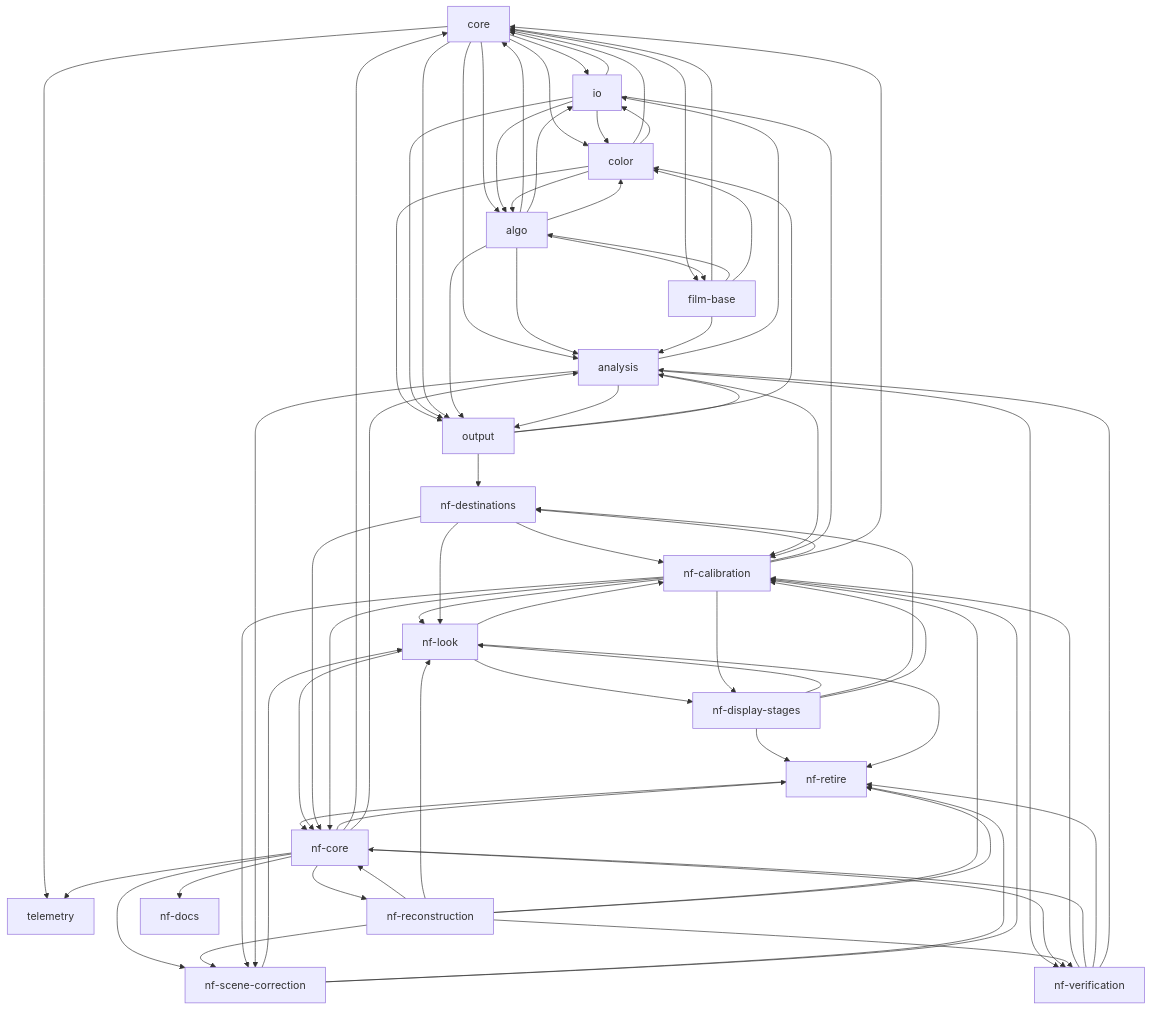
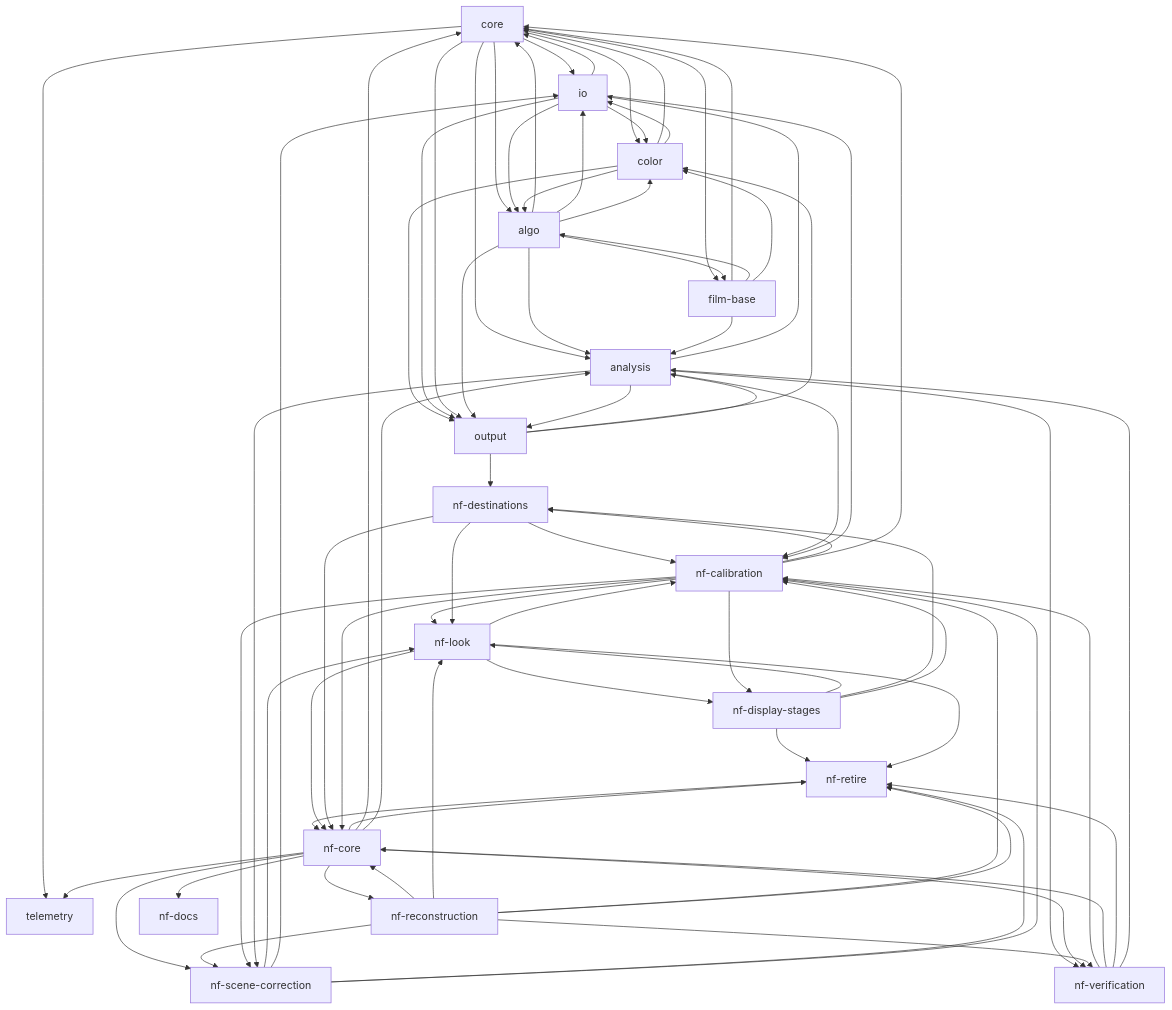
Before and after one commit to lix42/hanten: the first of 2 diagrams in docs/TASKS.md, drawn with Mermaid. The commit also changed other lines of this file and 11 other files, not shown here.

```diff
--- a/docs/TASKS.md
+++ b/docs/TASKS.md
@@ -160,6 +160,7 @@
   nf-verification --> nf-calibration
   analysis --> nf-calibration
   io --> nf-calibration
+  nf-scene-correction --> io
   nf-look --> nf-calibration
   nf-reconstruction --> nf-calibration
   nf-calibration --> nf-look
```
